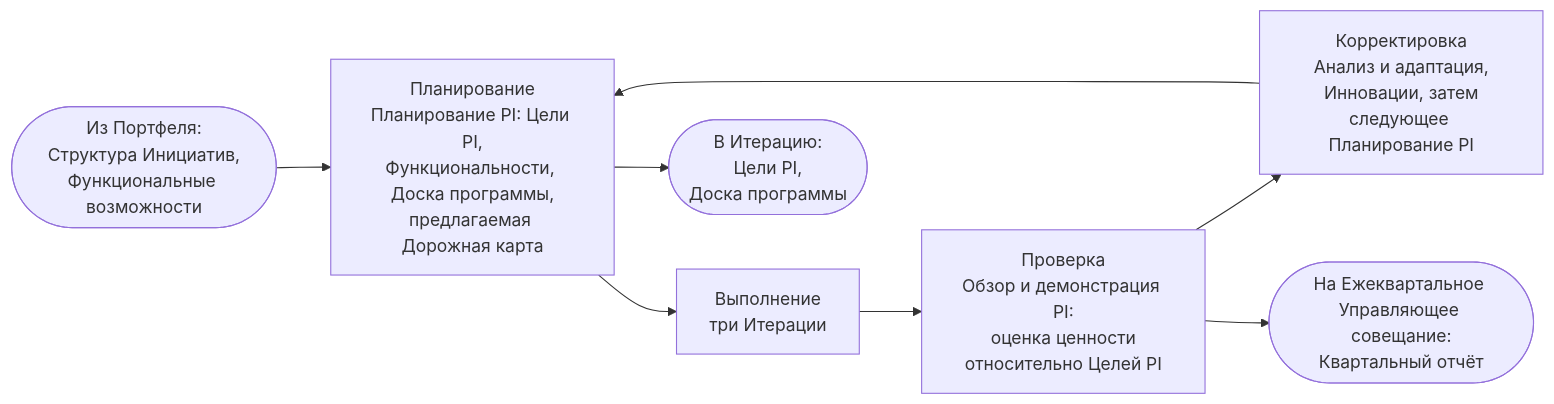
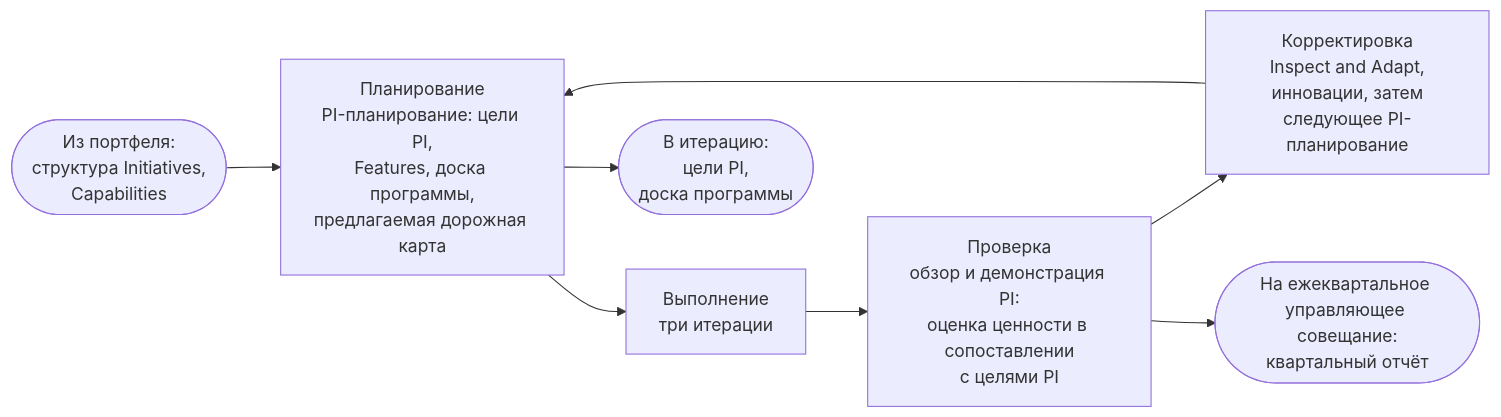
The first of 5 diagrams in portal/content/ru/delivery/the-loops-of-delivery.md (devhogu/ob-aicc), drawn with Mermaid before and after one commit. The commit also changed other lines of this file and 21 other files, not shown here.

````diff
--- a/portal/content/ru/delivery/the-loops-of-delivery.md
+++ b/portal/content/ru/delivery/the-loops-of-delivery.md
@@ -15,10 +15,10 @@
 ```mermaid
 flowchart LR
-  IN(["Из Портфеля:<br/>Структура Инициатив,<br/>Функциональные возможности"]) --> P["Планирование<br/>Планирование PI: Цели PI,<br/>Функциональности, Доска программы,<br/>предлагаемая Дорожная карта"]
-  P --> D["Выполнение<br/>три Итерации"]
-  D --> C["Проверка<br/>Обзор и демонстрация PI:<br/>оценка ценности<br/>относительно Целей PI"]
-  C --> A["Корректировка<br/>Анализ и адаптация,<br/>Инновации, затем<br/>следующее Планирование PI"]
+  IN(["Из портфеля:<br/>структура Initiatives,<br/>Capabilities"]) --> P["Планирование<br/>PI-планирование: цели PI,<br/>Features, доска программы,<br/>предлагаемая дорожная карта"]
+  P --> D["Выполнение<br/>три итерации"]
+  D --> C["Проверка<br/>обзор и демонстрация PI:<br/>оценка ценности в сопоставлении<br/>с целями PI"]
+  C --> A["Корректировка<br/>Inspect and Adapt,<br/>инновации, затем<br/>следующее PI-планирование"]
   A --> P
-  P --> OUT(["В Итерацию:<br/>Цели PI,<br/>Доска программы"])
-  C --> UP(["На Ежеквартальное Управляющее совещание:<br/>Квартальный отчёт"])
+  P --> OUT(["В итерацию:<br/>цели PI,<br/>доска программы"])
+  C --> UP(["На ежеквартальное управляющее совещание:<br/>квартальный отчёт"])
 ```
````
